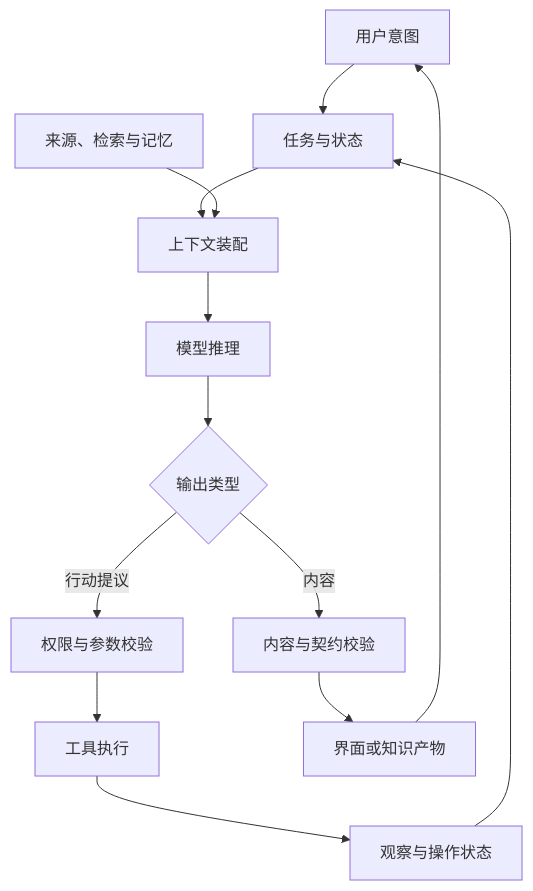
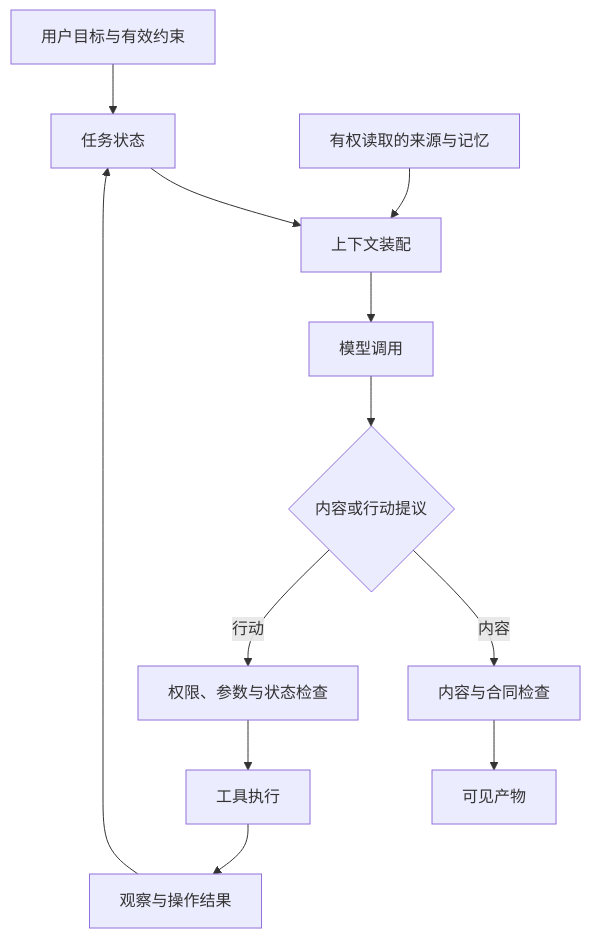
The second of 3 diagrams in docs/note/ai/14-learning-project.md (Cypher-hey/footprint), drawn with Mermaid before and after one commit. The commit also changed other lines of this file and 22 other files, not shown here.

Commit message:
docs(ai): unify conceptual explanations, progressive diagrams and cross-topic knowledge ownership

````diff
--- a/docs/note/ai/14-learning-project.md
+++ b/docs/note/ai/14-learning-project.md
@@ -12,15 +56,14 @@
 ```mermaid
 flowchart TD
-    U["用户意图"] --> W["任务与状态"]
-    W --> C["上下文装配"]
-    K["来源、检索与记忆"] --> C
-    C --> M["模型推理"]
-    M --> D{"输出类型"}
-    D -->|内容| V["内容与契约校验"]
-    D -->|行动提议| P["权限与参数校验"]
+    U["用户目标与有效约束"] --> S["任务状态"]
+    S --> B["上下文装配"]
+    K["有权读取的来源与记忆"] --> B
+    B --> M["模型调用"]
+    M --> D{"内容或行动提议"}
+    D -->|内容| V["内容与合同检查"]
+    D -->|行动| P["权限、参数与状态检查"]
     P --> T["工具执行"]
-    T --> O["观察与操作状态"]
-    O --> W
-    V --> I["界面或知识产物"]
-    I --> U
+    T --> O["观察与操作结果"]
+    O --> S
+    V --> A["可见产物"]
 ```
````
